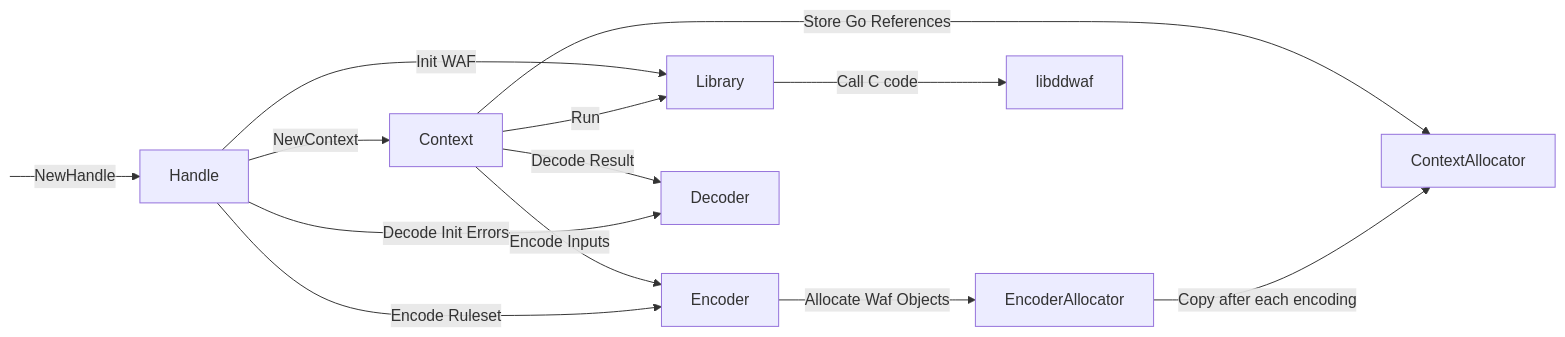
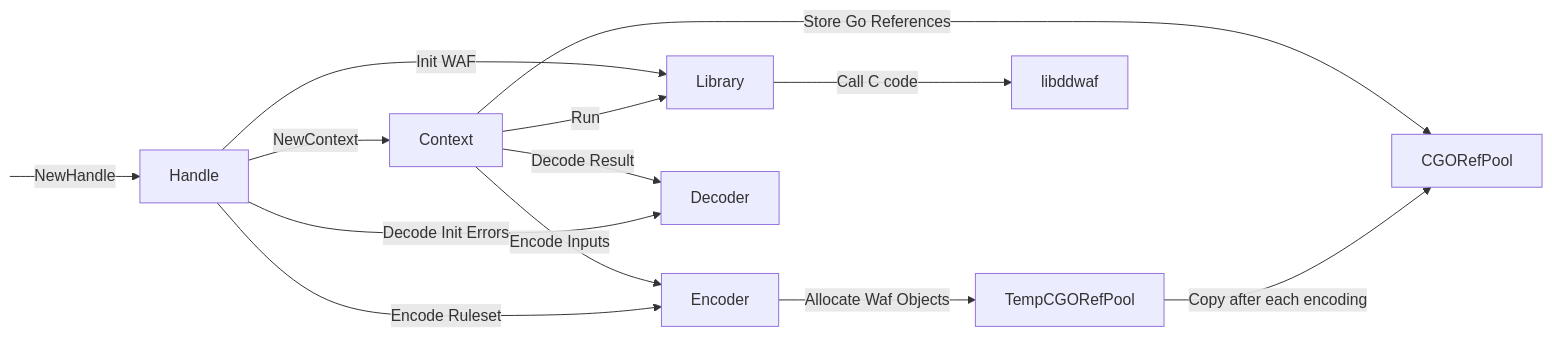
The diagram in README.md (DataDog/go-libddwaf), drawn with Mermaid before and after one commit. The commit also changed other lines of this file, not shown here.

Commit message:
rename correctly allocator to cgoRefPool and add precisions

````diff
--- a/README.md
+++ b/README.md
@@ -55,24 +55,24 @@
 ```mermaid
 flowchart LR
 
     START:::hidden -->|NewHandle| Handle -->|NewContext| Context
 
     Context -->|Encode Inputs| Encoder
 
     Handle -->|Encode Ruleset| Encoder
     Handle -->|Init WAF| Library
     Context -->|Decode Result| Decoder
 
     Handle -->|Decode Init Errors| Decoder
 
     Context -->|Run| Library
-    Context -->|Store Go References| ContextAllocator
+    Context -->|Store Go References| CGORefPool
 
-    Encoder -->|Allocate Waf Objects| EncoderAllocator
+    Encoder -->|Allocate Waf Objects| TempCGORefPool
 
-    EncoderAllocator -->|Copy after each encoding| ContextAllocator
+    TempCGORefPool -->|Copy after each encoding| CGORefPool
 
     Library -->|Call C code| libddwaf
 
     classDef hidden display: none;
 ```
````
